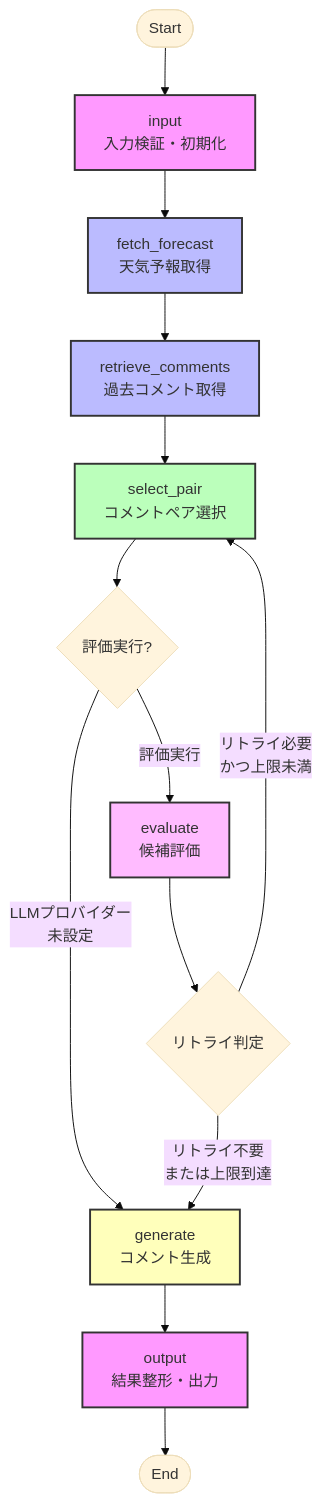
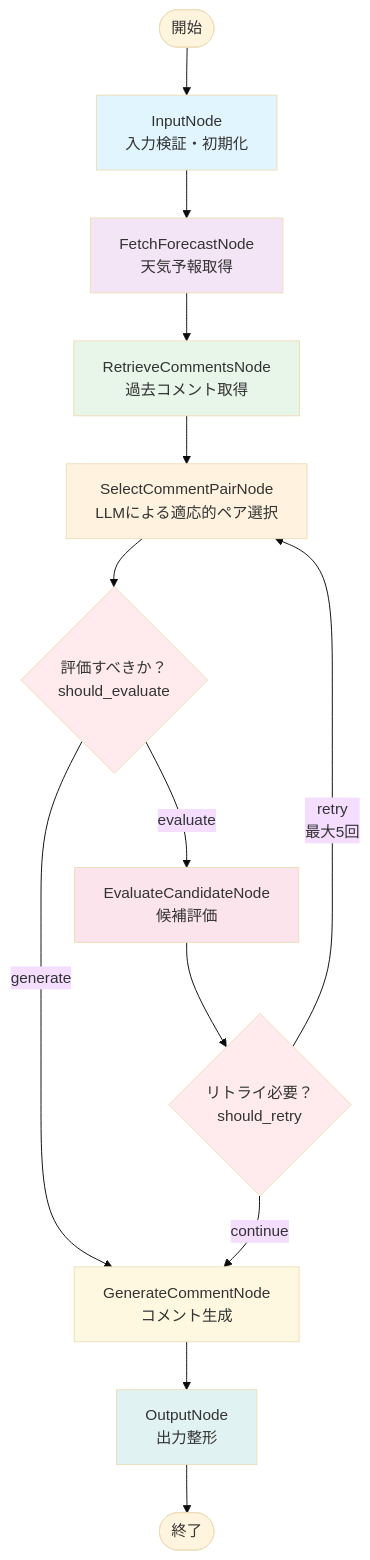
The diagram in README.md (sakamo-wni/MobileCommentGenerator), drawn with Mermaid (base theme) before and after one commit. The commit also changed other lines of this file, not shown here.

Commit message:
docs: Update README with complete LangGraph workflow diagram

````diff
--- a/README.md
+++ b/README.md
@@ -1054,26 +65,35 @@
 ```mermaid
-graph TD
-    Start([Start]) --> input[input<br/>入力検証・初期化]
-    input --> fetch_forecast[fetch_forecast<br/>天気予報取得]
-    fetch_forecast --> retrieve_comments[retrieve_comments<br/>過去コメント取得]
-    retrieve_comments --> select_pair[select_pair<br/>コメントペア選択]
+graph TB
+    Start([開始]) --> input[InputNode<br/>入力検証・初期化]
     
-    select_pair --> evaluate{評価実行?}
-    evaluate -->|LLMプロバイダー<br/>未設定| generate[generate<br/>コメント生成]
-    evaluate -->|評価実行| evaluate_node[evaluate<br/>候補評価]
+    input --> fetch_forecast[FetchForecastNode<br/>天気予報取得]
     
-    evaluate_node --> retry{リトライ判定}
-    retry -->|リトライ必要<br/>かつ上限未満| select_pair
-    retry -->|リトライ不要<br/>または上限到達| generate
+    fetch_forecast --> retrieve_comments[RetrieveCommentsNode<br/>過去コメント取得]
     
-    generate --> output[output<br/>結果整形・出力]
-    output --> End([End])
+    retrieve_comments --> select_pair[SelectCommentPairNode<br/>LLMによる適応的ペア選択]
     
-    style input fill:#f9f,stroke:#333,stroke-width:2px
-    style fetch_forecast fill:#bbf,stroke:#333,stroke-width:2px
-    style retrieve_comments fill:#bbf,stroke:#333,stroke-width:2px
-    style select_pair fill:#bfb,stroke:#333,stroke-width:2px
-    style evaluate_node fill:#fbf,stroke:#333,stroke-width:2px
-    style generate fill:#ffb,stroke:#333,stroke-width:2px
-    style output fill:#f9f,stroke:#333,stroke-width:2px
+    select_pair --> should_evaluate{評価すべきか？<br/>should_evaluate}
+    
+    should_evaluate -->|evaluate| evaluate_candidate[EvaluateCandidateNode<br/>候補評価]
+    should_evaluate -->|generate| generate_comment[GenerateCommentNode<br/>コメント生成]
+    
+    evaluate_candidate --> should_retry{リトライ必要？<br/>should_retry}
+    
+    should_retry -->|retry<br/>最大5回| select_pair
+    should_retry -->|continue| generate_comment
+    
+    generate_comment --> output[OutputNode<br/>出力整形]
+    
+    output --> End([終了])
+    
+    style input fill:#e1f5fe
+    style fetch_forecast fill:#f3e5f5
+    style retrieve_comments fill:#e8f5e9
+    style select_pair fill:#fff3e0
+    style evaluate_candidate fill:#fce4ec
+    style generate_comment fill:#fff8e1
+    style output fill:#e0f2f1
+    
+    style should_evaluate fill:#ffebee
+    style should_retry fill:#ffebee
 ```
````
